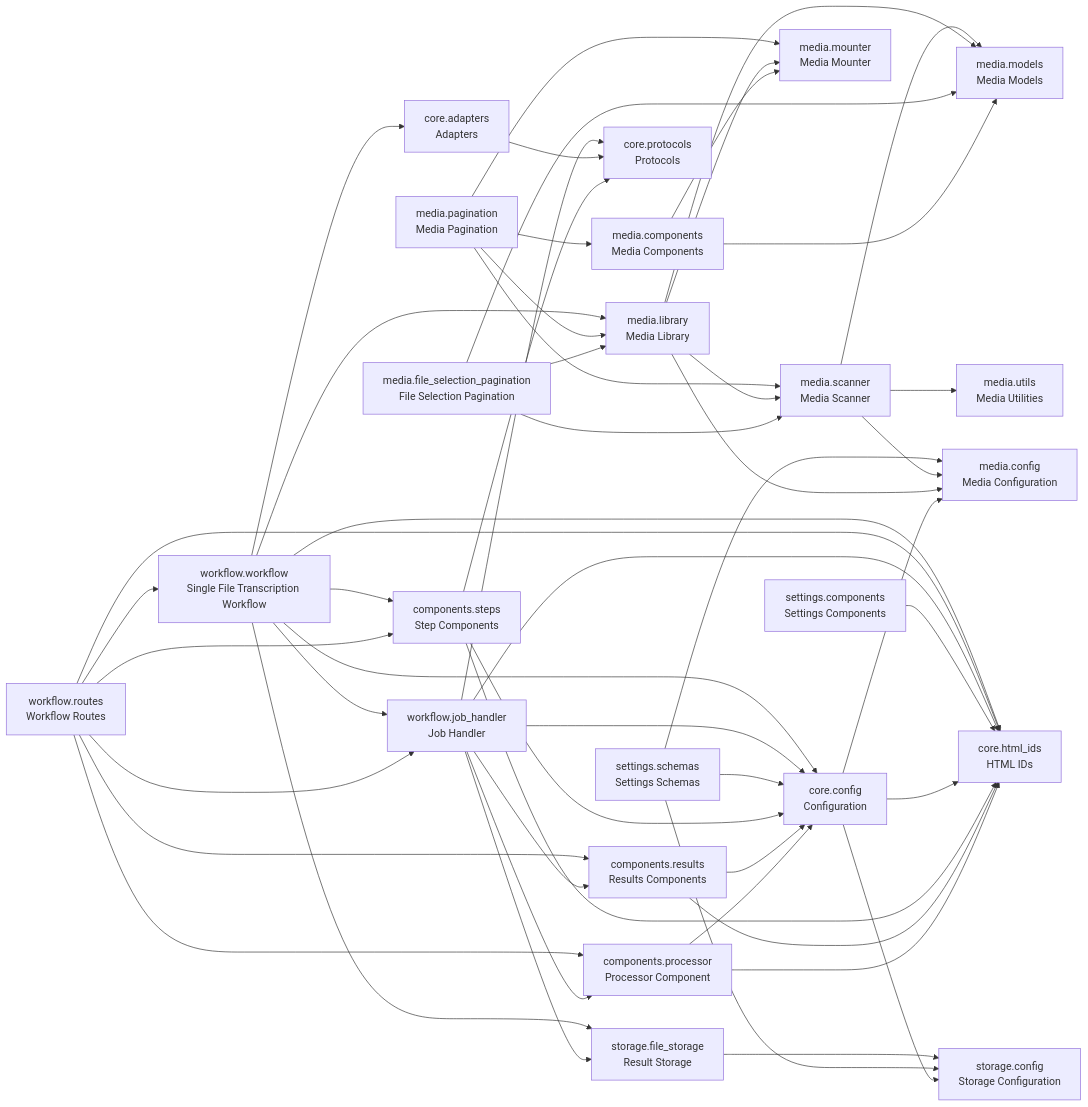
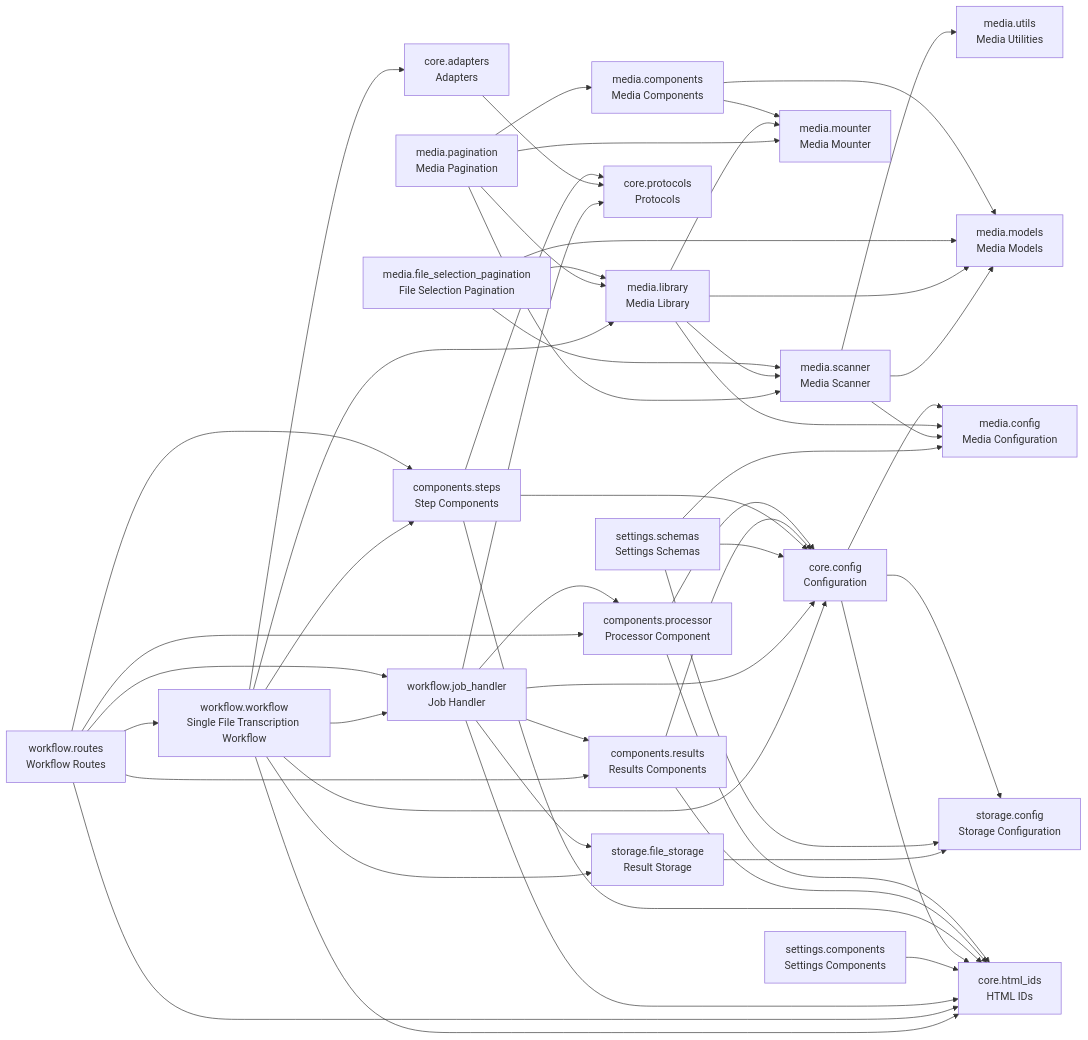
Before and after one commit to cj-mills/cjm-fasthtml-workflow-transcription-single-file: the diagram in README.md, drawn with Mermaid. The commit also changed other lines of this file and 9 other files, not shown here.

````diff
--- a/README.md
+++ b/README.md
@@ -49,78 +49,78 @@
 ``` mermaid
 graph LR
     components_processor[components.processor<br/>Processor Component]
     components_results[components.results<br/>Results Components]
     components_steps[components.steps<br/>Step Components]
     core_adapters[core.adapters<br/>Adapters]
     core_config[core.config<br/>Configuration]
     core_html_ids[core.html_ids<br/>HTML IDs]
     core_protocols[core.protocols<br/>Protocols]
     media_components[media.components<br/>Media Components]
     media_config[media.config<br/>Media Configuration]
     media_file_selection_pagination[media.file_selection_pagination<br/>File Selection Pagination]
     media_library[media.library<br/>Media Library]
     media_models[media.models<br/>Media Models]
     media_mounter[media.mounter<br/>Media Mounter]
     media_pagination[media.pagination<br/>Media Pagination]
     media_scanner[media.scanner<br/>Media Scanner]
     media_utils[media.utils<br/>Media Utilities]
     settings_components[settings.components<br/>Settings Components]
     settings_schemas[settings.schemas<br/>Settings Schemas]
     storage_config[storage.config<br/>Storage Configuration]
     storage_file_storage[storage.file_storage<br/>Result Storage]
     workflow_job_handler[workflow.job_handler<br/>Job Handler]
     workflow_routes[workflow.routes<br/>Workflow Routes]
     workflow_workflow[workflow.workflow<br/>Single File Transcription Workflow]
 
     components_processor --> core_html_ids
     components_processor --> core_config
     components_results --> core_html_ids
     components_results --> core_config
     components_steps --> core_html_ids
+    components_steps --> core_protocols
     components_steps --> core_config
-    components_steps --> core_protocols
     core_adapters --> core_protocols
-    core_config --> media_config
     core_config --> core_html_ids
     core_config --> storage_config
+    core_config --> media_config
+    media_components --> media_models
     media_components --> media_mounter
-    media_components --> media_models
-    media_file_selection_pagination --> media_scanner
     media_file_selection_pagination --> media_library
     media_file_selection_pagination --> media_models
+    media_file_selection_pagination --> media_scanner
+    media_library --> media_models
+    media_library --> media_scanner
     media_library --> media_config
     media_library --> media_mounter
-    media_library --> media_models
-    media_library --> media_scanner
+    media_pagination --> media_library
     media_pagination --> media_components
-    media_pagination --> media_library
+    media_pagination --> media_scanner
     media_pagination --> media_mounter
-    media_pagination --> media_scanner
-    media_scanner --> media_config
     media_scanner --> media_utils
     media_scanner --> media_models
+    media_scanner --> media_config
     settings_components --> core_html_ids
+    settings_schemas --> core_config
+    settings_schemas --> media_config
     settings_schemas --> storage_config
-    settings_schemas --> media_config
-    settings_schemas --> core_config
     storage_file_storage --> storage_config
     workflow_job_handler --> components_results
     workflow_job_handler --> components_processor
     workflow_job_handler --> storage_file_storage
     workflow_job_handler --> core_html_ids
+    workflow_job_handler --> core_config
     workflow_job_handler --> core_protocols
-    workflow_job_handler --> core_config
+    workflow_routes --> workflow_workflow
     workflow_routes --> components_results
+    workflow_routes --> workflow_job_handler
     workflow_routes --> components_processor
     workflow_routes --> core_html_ids
-    workflow_routes --> workflow_workflow
-    workflow_routes --> workflow_job_handler
     workflow_routes --> components_steps
     workflow_workflow --> components_steps
+    workflow_workflow --> media_library
+    workflow_workflow --> storage_file_storage
+    workflow_workflow --> core_adapters
+    workflow_workflow --> core_config
     workflow_workflow --> core_html_ids
-    workflow_workflow --> core_config
-    workflow_workflow --> media_library
-    workflow_workflow --> core_adapters
     workflow_workflow --> workflow_job_handler
-    workflow_workflow --> storage_file_storage
 ```
````
